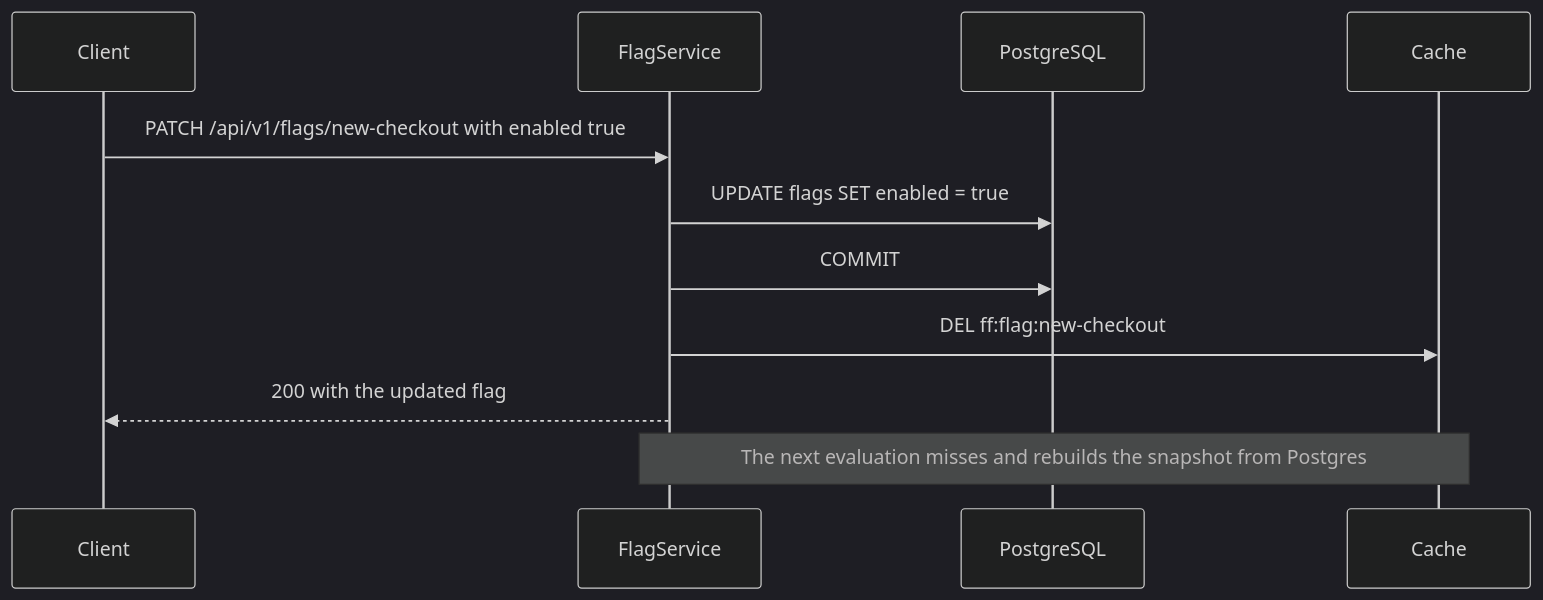
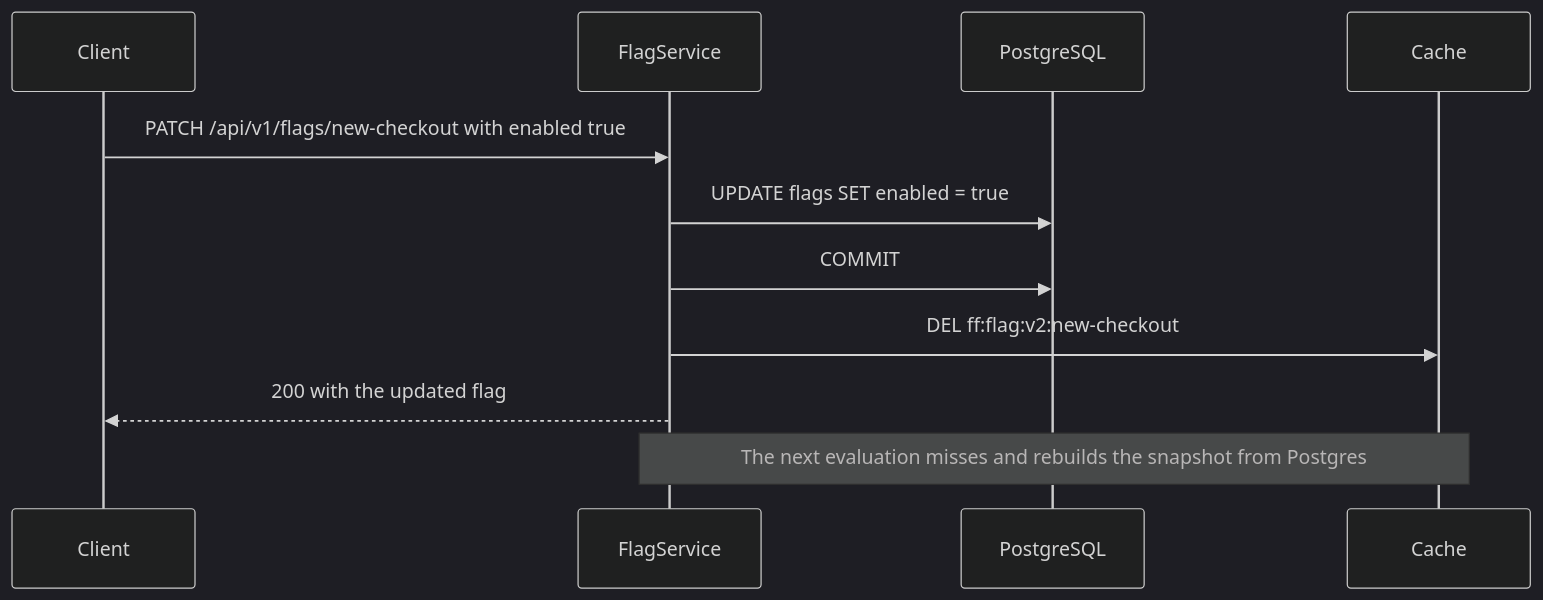
One commit to abdella2066/DO-interview changed the fourth of 4 diagrams in docs/architecture.md. Above: the diagram before and after it, drawn with Mermaid (dark theme). The commit also changed other lines of this file and 14 other files, not shown here.

````diff
--- a/docs/architecture.md
+++ b/docs/architecture.md
@@ -87,13 +89,13 @@
 ```mermaid
 sequenceDiagram
     participant C as Client
     participant S as FlagService
     participant D as PostgreSQL
     participant K as Cache
     C->>S: PATCH /api/v1/flags/new-checkout with enabled true
     S->>D: UPDATE flags SET enabled = true
     S->>D: COMMIT
-    S->>K: DEL ff:flag:new-checkout
+    S->>K: DEL ff:flag:v2:new-checkout
     S-->>C: 200 with the updated flag
     Note over S,K: The next evaluation misses and rebuilds the snapshot from Postgres
 ```
````
